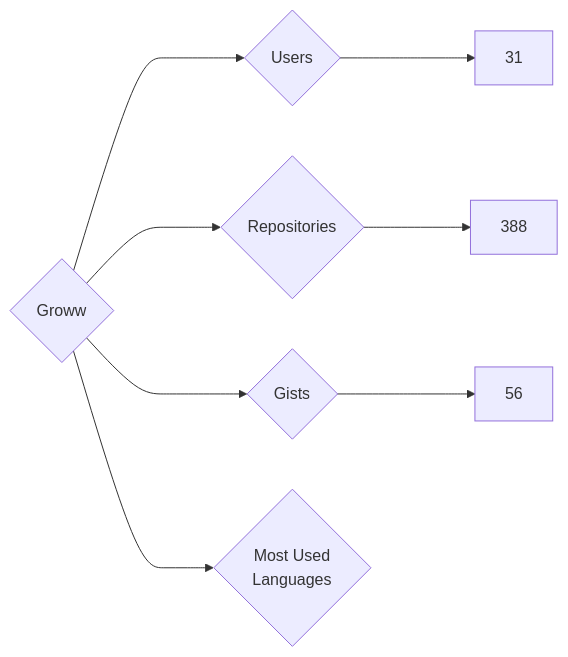
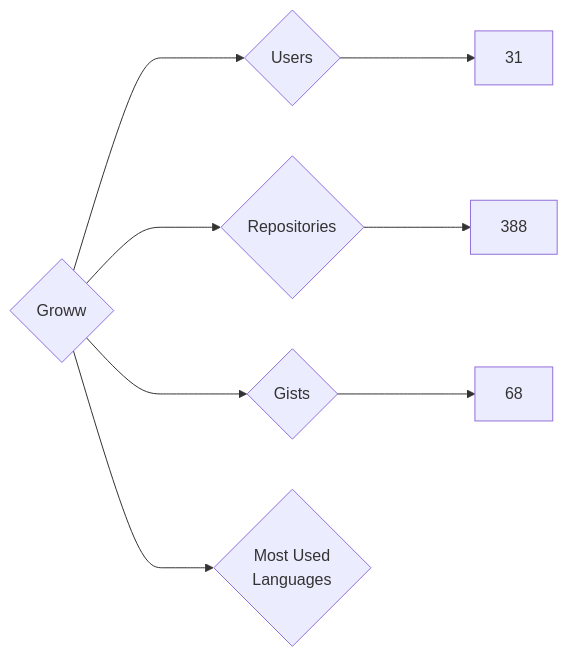
One commit to nenadzaric/insiders changed the diagram in targets/Groww/README.md. Above: the diagram before and after it, drawn with Mermaid. The commit also changed 1342 other files, not shown here.

````diff
--- a/targets/Groww/README.md
+++ b/targets/Groww/README.md
@@ -3,8 +3,8 @@
 ```mermaid
 graph LR
 COMPANY_NAME{Groww}
 COMPANY_NAME ---> U{Users} ---> UN[31]
 COMPANY_NAME ---> R{Repositories} ---> RN[388]
-COMPANY_NAME ---> G{Gists} ---> GN[56]
+COMPANY_NAME ---> G{Gists} ---> GN[68]
 COMPANY_NAME ---> ML{Most Used<br>Languages}
 ```
````
